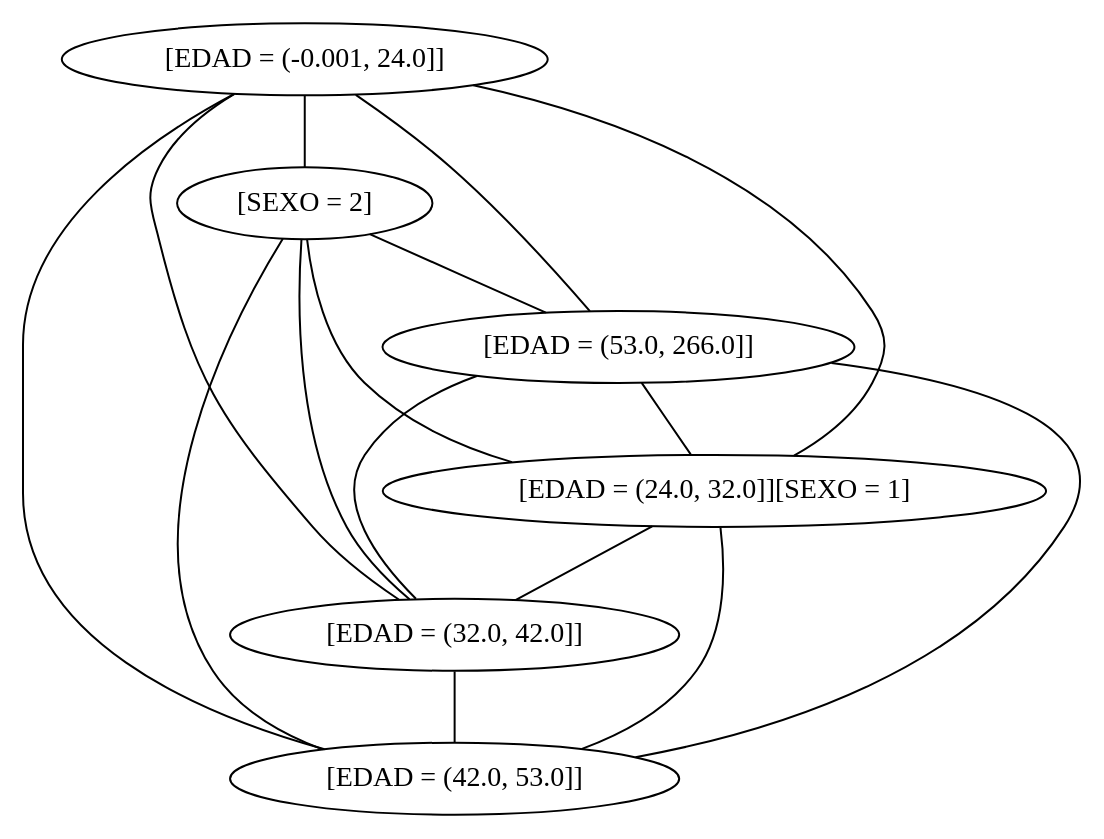
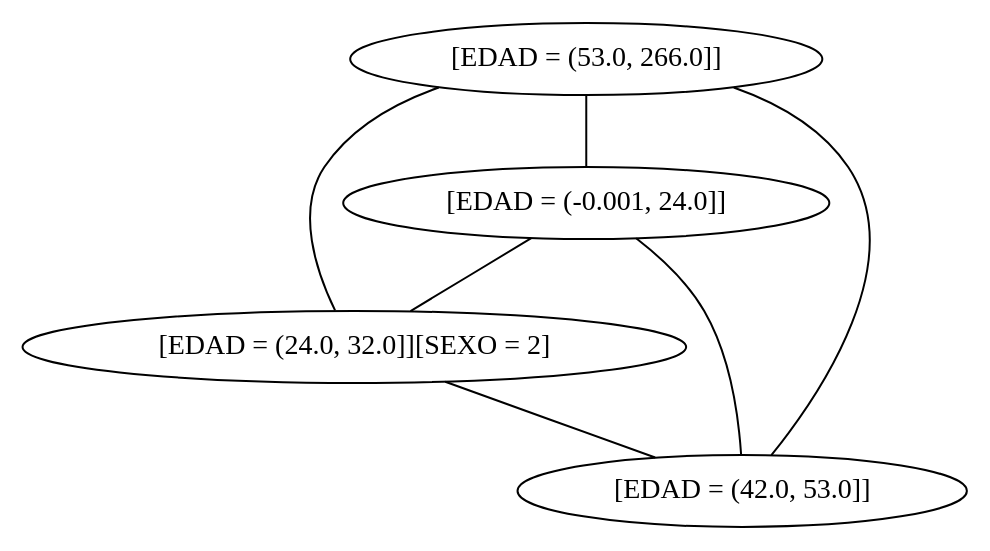
One commit to sinisterra/mscgp changed the diagram in max_weight_clique.dot. Above: the diagram before and after it, drawn with Graphviz. The commit also changed 40 other files, not shown here.

```diff
--- a/max_weight_clique.dot
+++ b/max_weight_clique.dot
@@ -1,23 +1,12 @@
 strict graph  {
-"[EDAD = (-0.001, 24.0]]" [weight=76];
-"[SEXO = 2]" [weight=17];
-"[EDAD = (53.0, 266.0]]" [weight=24];
-"[EDAD = (24.0, 32.0]][SEXO = 1]" [weight=11];
-"[EDAD = (32.0, 42.0]]" [weight=9];
-"[EDAD = (42.0, 53.0]]" [weight=7];
-"[EDAD = (-0.001, 24.0]]" -- "[SEXO = 2]";
-"[EDAD = (-0.001, 24.0]]" -- "[EDAD = (53.0, 266.0]]";
-"[EDAD = (-0.001, 24.0]]" -- "[EDAD = (24.0, 32.0]][SEXO = 1]";
-"[EDAD = (-0.001, 24.0]]" -- "[EDAD = (32.0, 42.0]]";
+"[EDAD = (53.0, 266.0]]" [weight=346];
+"[EDAD = (-0.001, 24.0]]" [weight=15];
+"[EDAD = (24.0, 32.0]][SEXO = 2]" [weight=14];
+"[EDAD = (42.0, 53.0]]" [weight=13];
+"[EDAD = (53.0, 266.0]]" -- "[EDAD = (-0.001, 24.0]]";
+"[EDAD = (53.0, 266.0]]" -- "[EDAD = (24.0, 32.0]][SEXO = 2]";
+"[EDAD = (53.0, 266.0]]" -- "[EDAD = (42.0, 53.0]]";
+"[EDAD = (-0.001, 24.0]]" -- "[EDAD = (24.0, 32.0]][SEXO = 2]";
 "[EDAD = (-0.001, 24.0]]" -- "[EDAD = (42.0, 53.0]]";
-"[SEXO = 2]" -- "[EDAD = (53.0, 266.0]]";
-"[SEXO = 2]" -- "[EDAD = (24.0, 32.0]][SEXO = 1]";
-"[SEXO = 2]" -- "[EDAD = (32.0, 42.0]]";
-"[SEXO = 2]" -- "[EDAD = (42.0, 53.0]]";
-"[EDAD = (53.0, 266.0]]" -- "[EDAD = (24.0, 32.0]][SEXO = 1]";
-"[EDAD = (53.0, 266.0]]" -- "[EDAD = (32.0, 42.0]]";
-"[EDAD = (53.0, 266.0]]" -- "[EDAD = (42.0, 53.0]]";
-"[EDAD = (24.0, 32.0]][SEXO = 1]" -- "[EDAD = (32.0, 42.0]]";
-"[EDAD = (24.0, 32.0]][SEXO = 1]" -- "[EDAD = (42.0, 53.0]]";
-"[EDAD = (32.0, 42.0]]" -- "[EDAD = (42.0, 53.0]]";
+"[EDAD = (24.0, 32.0]][SEXO = 2]" -- "[EDAD = (42.0, 53.0]]";
 }
```
